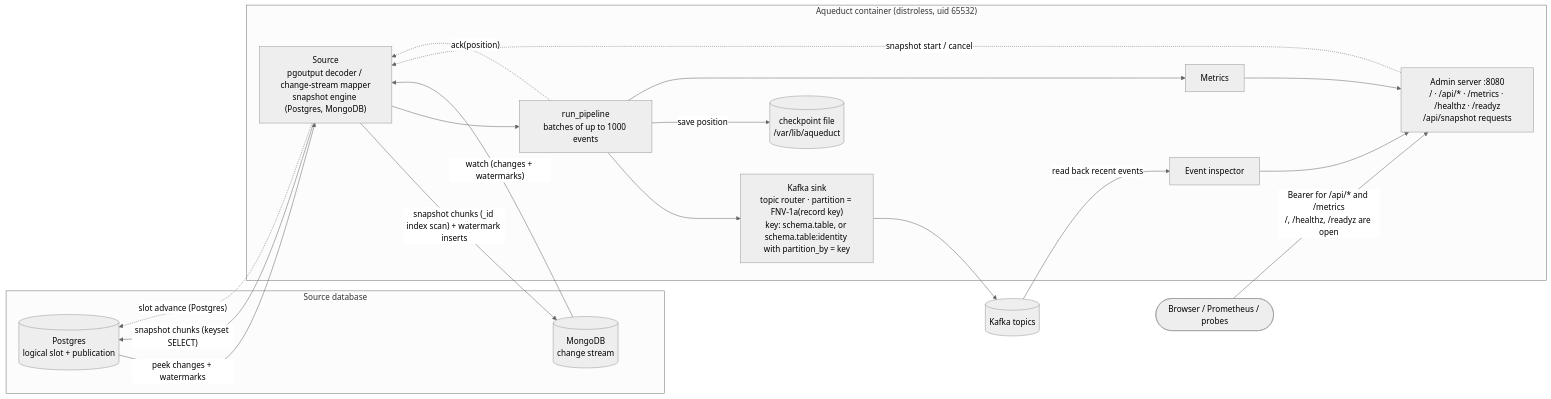
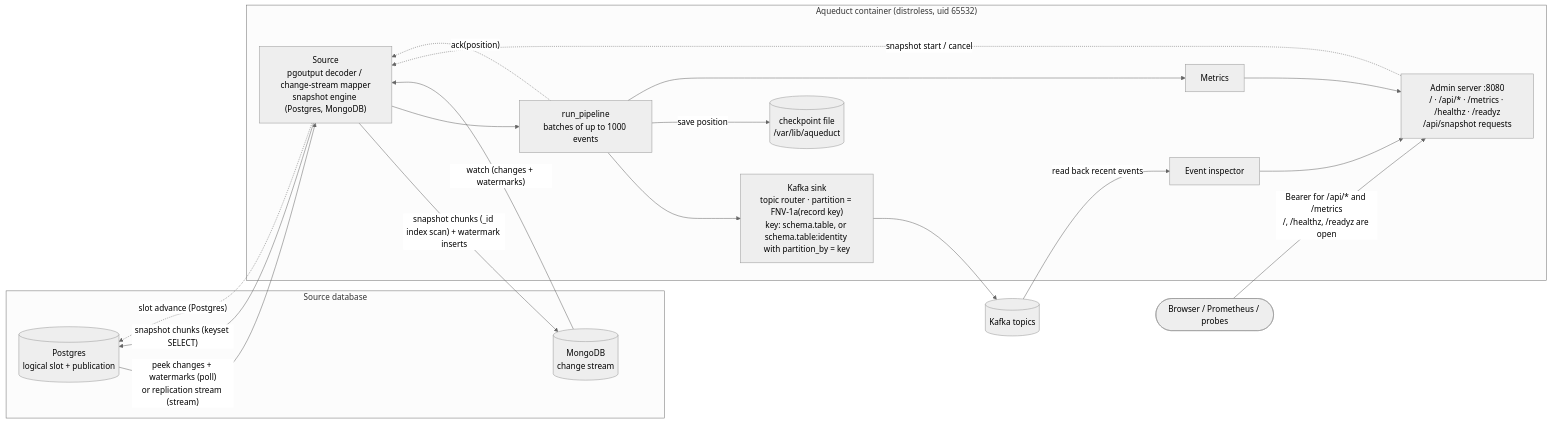
One commit to yarncraft/aqueduct changed the first of 3 diagrams in README.md. Above: the diagram before and after it, drawn with Mermaid (neutral theme). The commit also changed other lines of this file and 15 other files, not shown here.

````diff
--- a/README.md
+++ b/README.md
@@ -18,33 +18,33 @@
 ```mermaid
 flowchart LR
     subgraph db["Source database"]
         PG[("Postgres<br/>logical slot + publication")]
         MG[("MongoDB<br/>change stream")]
     end
 
     subgraph aq["Aqueduct container (distroless, uid 65532)"]
         SRC["Source<br/>pgoutput decoder / change-stream mapper<br/>snapshot engine (Postgres, MongoDB)"]
         PIPE["run_pipeline<br/>batches of up to 1000 events"]
         SINK["Kafka sink<br/>topic router · partition = FNV-1a(record key)<br/>key: schema.table, or schema.table:identity with partition_by = key"]
         CK[("checkpoint file<br/>/var/lib/aqueduct")]
         MET["Metrics"]
         ADM["Admin server :8080<br/>/ · /api/* · /metrics · /healthz · /readyz<br/>/api/snapshot requests"]
         INS["Event inspector"]
     end
 
     K[("Kafka topics")]
     U(["Browser / Prometheus / probes"])
 
-    PG -- "peek changes + watermarks" --> SRC
+    PG -- "peek changes + watermarks (poll)<br/>or replication stream (stream)" --> SRC
     SRC -- "snapshot chunks (keyset SELECT)" --> PG
     MG -- "watch (changes + watermarks)" --> SRC
     SRC -- "snapshot chunks (_id index scan) + watermark inserts" --> MG
     SRC --> PIPE --> SINK --> K
     PIPE -- "save position" --> CK
     PIPE -. "ack(position)" .-> SRC
     SRC -. "slot advance (Postgres)" .-> PG
     PIPE --> MET --> ADM
     ADM -. "snapshot start / cancel" .-> SRC
     K -- "read back recent events" --> INS --> ADM
     U -- "Bearer for /api/* and /metrics<br/>/, /healthz, /readyz are open" --> ADM
 ```
````
